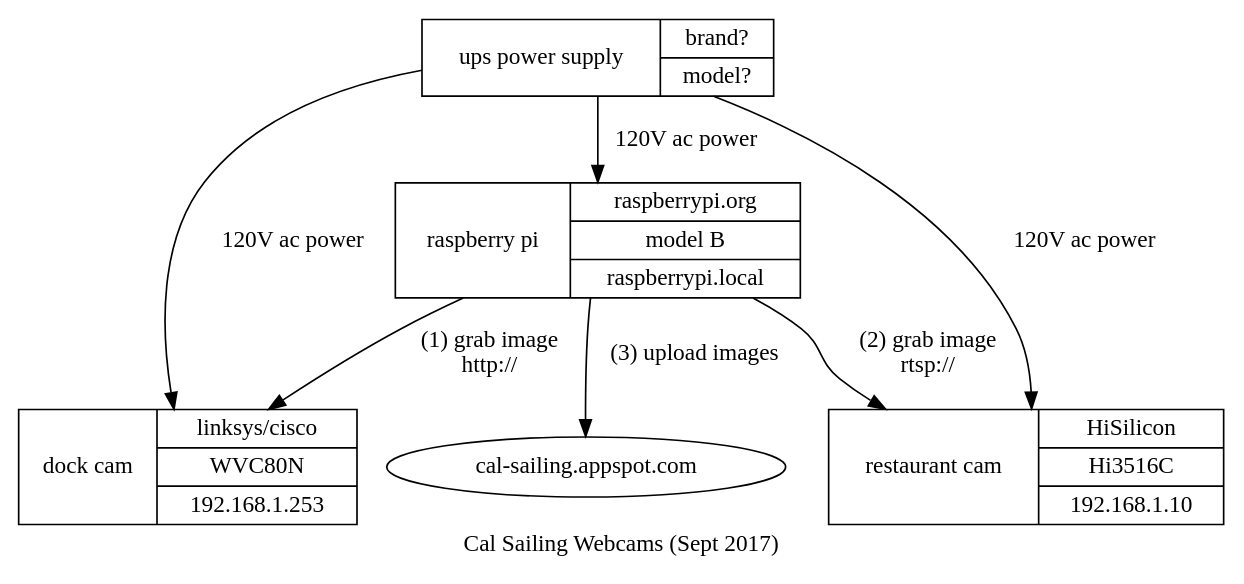
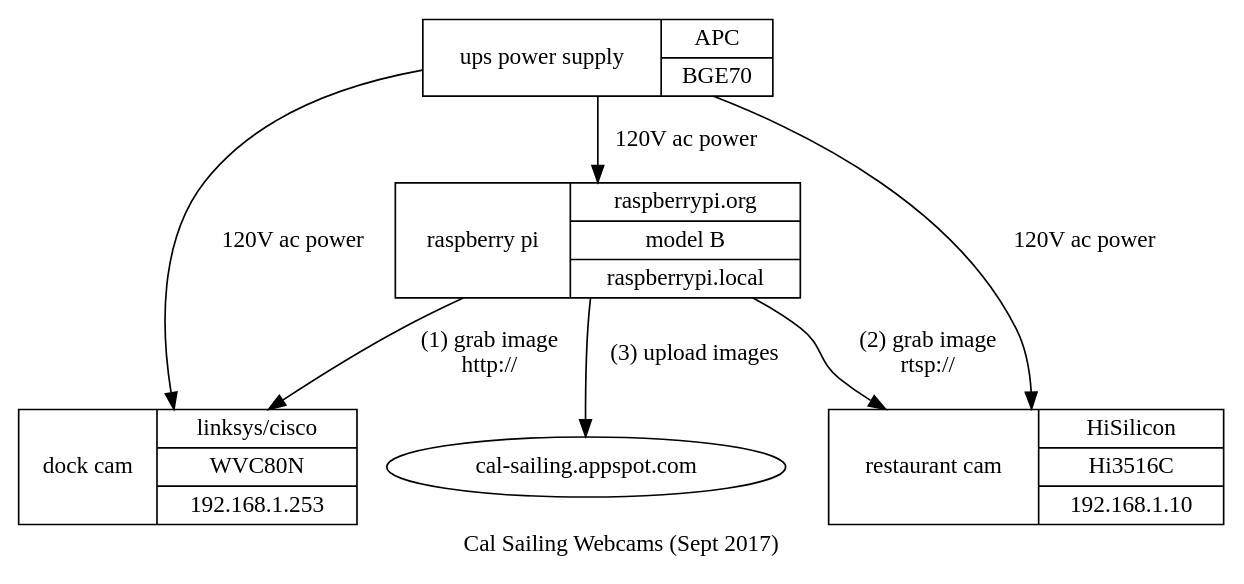
One commit to jhpoelen/cal-sailing-cam changed the diagram in cal-sailing-diagram.dot. Above: the diagram before and after it, drawn with Graphviz. The commit also changed 1 other file, not shown here.

Commit message:
add make/model of ups

```diff
--- a/cal-sailing-diagram.dot
+++ b/cal-sailing-diagram.dot
@@ -1,25 +1,25 @@
 digraph rendle {
     "dock" [
        label = "dock cam | { linksys/cisco | WVC80N | 192.168.1.253 }"
        shape = "record"
     ]
     "restaurant" [
         label = "restaurant cam | { HiSilicon  | Hi3516C | 192.168.1.10 }"
 	 shape = "record"
     ]
     "raspberry" [
         label = "raspberry pi | { raspberrypi.org | model B | raspberrypi.local }"
         shape = "record"
     ]
     "ups" [
-        label = "ups power supply | { brand? | model? }"
+        label = "ups power supply | { APC | BGE70 }"
         shape = "record"
     ]
     "raspberry"->"dock"[label="(1) grab image\nhttp://"]
     "raspberry"->"restaurant"[label="(2) grab image\nrtsp://"]
     "raspberry"->"cal-sailing.appspot.com"[label="(3) upload images"]
     "ups"->"raspberry"[label="120V ac power"]
     "ups"->"restaurant"[label="120V ac power"]
     "ups"->"dock"[label="120V ac power"]
     label="Cal Sailing Webcams (Sept 2017)"
 }
```
